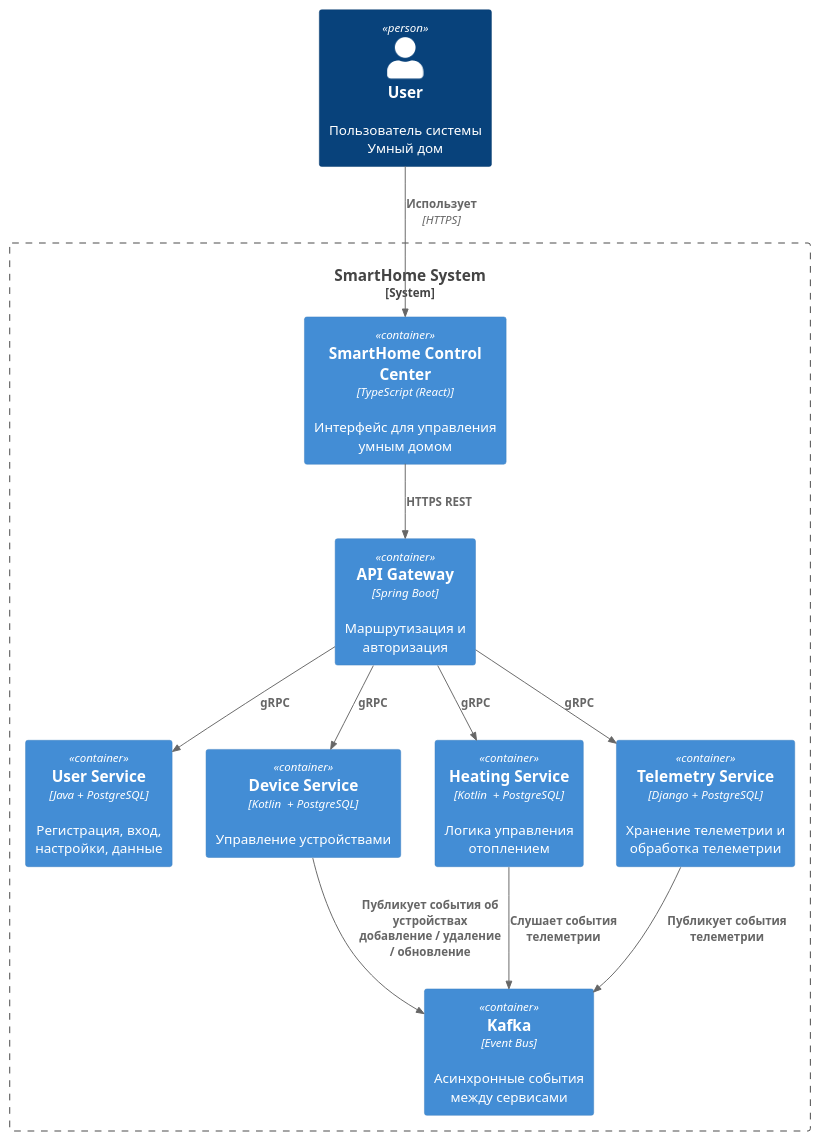
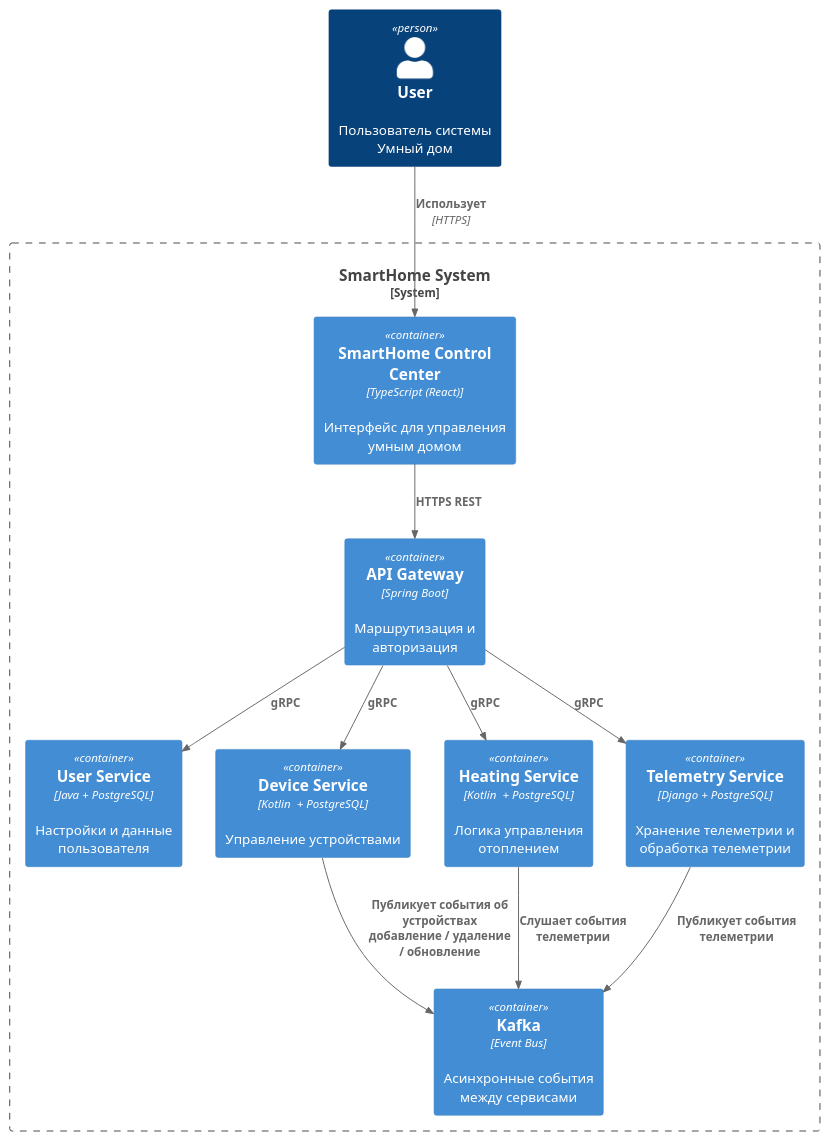
The diagram in diagrams/container/WarmHouse_Container.puml (vladislavego/architecture-warmhouse), drawn with PlantUML before and after one commit. The commit also changed 20 other files, not shown here.

```diff
--- a/diagrams/container/WarmHouse_Container.puml
+++ b/diagrams/container/WarmHouse_Container.puml
@@ -1,26 +1,26 @@
 @startuml Warmhouse_Container
 !includeurl https://raw.githubusercontent.com/plantuml-stdlib/C4-PlantUML/master/C4_Container.puml
 
 Person(user, "User", "Пользователь системы Умный дом")
 
 System_Boundary(warmhouse, "SmartHome System") {
     Container(frontend, "SmartHome Control Center", "TypeScript (React)", "Интерфейс для управления умным домом")
     Container(api, "API Gateway", "Spring Boot", "Маршрутизация и авторизация")
-    Container(userService, "User Service", "Java + PostgreSQL", "Регистрация, вход, настройки, данные")
+    Container(userService, "User Service", "Java + PostgreSQL", "Настройки и данные пользователя")
     Container(deviceService, "Device Service", "Kotlin  + PostgreSQL", "Управление устройствами")
     Container(heatingService, "Heating Service", "Kotlin  + PostgreSQL", "Логика управления отоплением")
     Container(telemetryService, "Telemetry Service", "Django + PostgreSQL", "Хранение телеметрии и обработка телеметрии")
     Container(kafka, "Kafka", "Event Bus", "Асинхронные события между сервисами")
 }
 
 Rel(user, frontend, "Использует", "HTTPS")
 Rel(frontend, api, "HTTPS REST")
 Rel(api, userService, "gRPC")
 Rel(api, deviceService, "gRPC")
 Rel(api, heatingService, "gRPC")
 Rel(api, telemetryService, "gRPC")
 Rel(telemetryService, kafka, "Публикует события телеметрии")
 Rel(heatingService, kafka, "Слушает события телеметрии")
 Rel(deviceService, kafka, "Публикует события об устройствах добавление / удаление / обновление")
 
 @enduml
```
